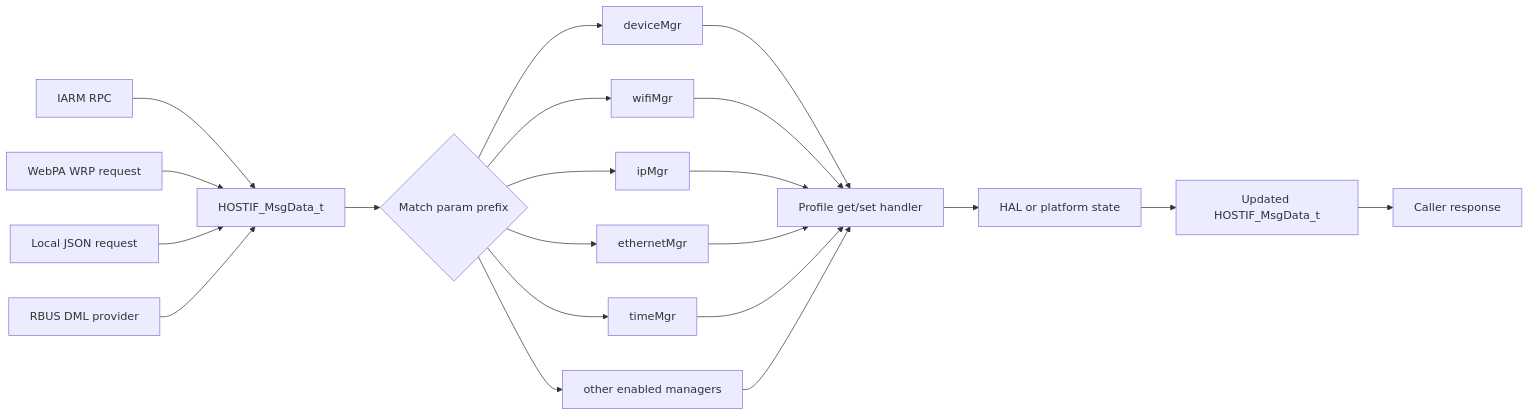
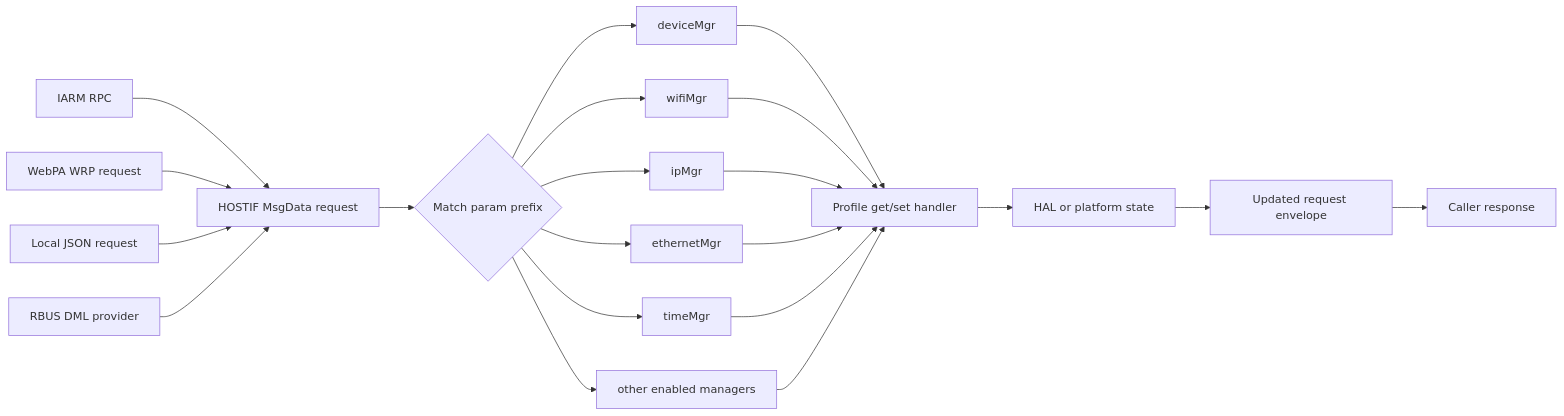
The first of 3 diagrams in docs/architecture/data-flow.md (rdkcentral/tr69hostif), drawn with Mermaid before and after one commit. The commit also changed other lines of this file, not shown here.

Commit message:
Fix rendering issue in data-flow.md

````diff
--- a/docs/architecture/data-flow.md
+++ b/docs/architecture/data-flow.md
@@ -7,25 +7,25 @@
 ```mermaid
 flowchart LR
-    A[IARM RPC] --> D[HOSTIF_MsgData_t]
+    A["IARM RPC"] --> D["HOSTIF MsgData request"]
     B[WebPA WRP request] --> D
     C[Local JSON request] --> D
     E[RBUS DML provider] --> D
 
-    D --> F{Match param prefix}
-    F --> G[deviceMgr]
-    F --> H[wifiMgr]
-    F --> I[ipMgr]
-    F --> J[ethernetMgr]
-    F --> K[timeMgr]
-    F --> L[other enabled managers]
+    D --> F{"Match param prefix"}
+    F --> G["deviceMgr"]
+    F --> H["wifiMgr"]
+    F --> I["ipMgr"]
+    F --> J["ethernetMgr"]
+    F --> K["timeMgr"]
+    F --> L["other enabled managers"]
 
-    G --> M[Profile get/set handler]
+    G --> M["Profile get/set handler"]
     H --> M
     I --> M
     J --> M
     K --> M
     L --> M
-    M --> N[HAL or platform state]
-    N --> O[Updated HOSTIF_MsgData_t]
-    O --> P[Caller response]
+    M --> N["HAL or platform state"]
+    N --> O["Updated request envelope"]
+    O --> P["Caller response"]
 ```
````
